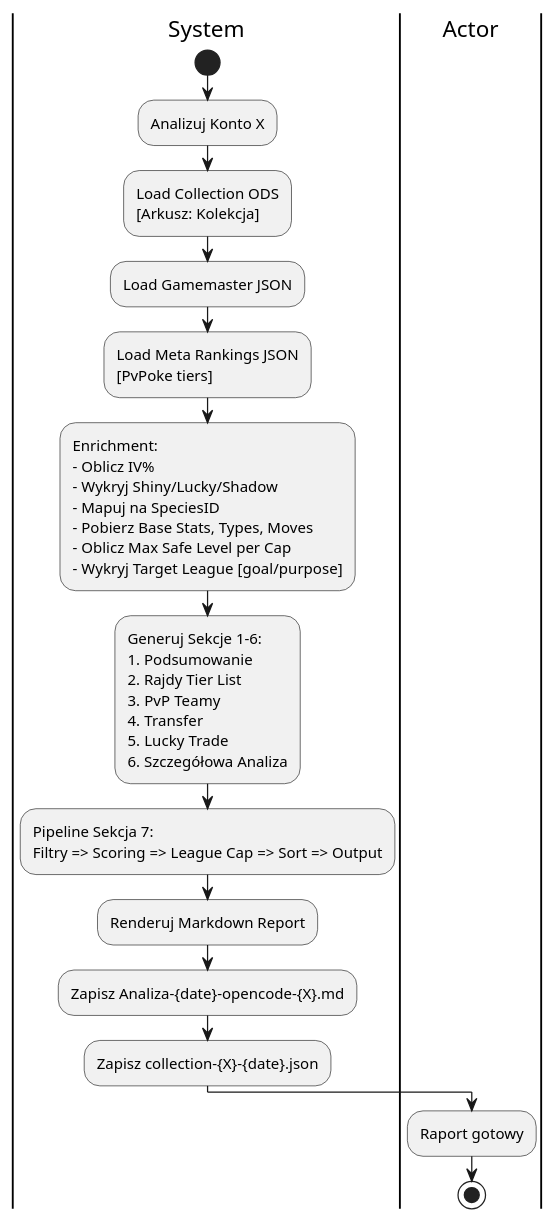
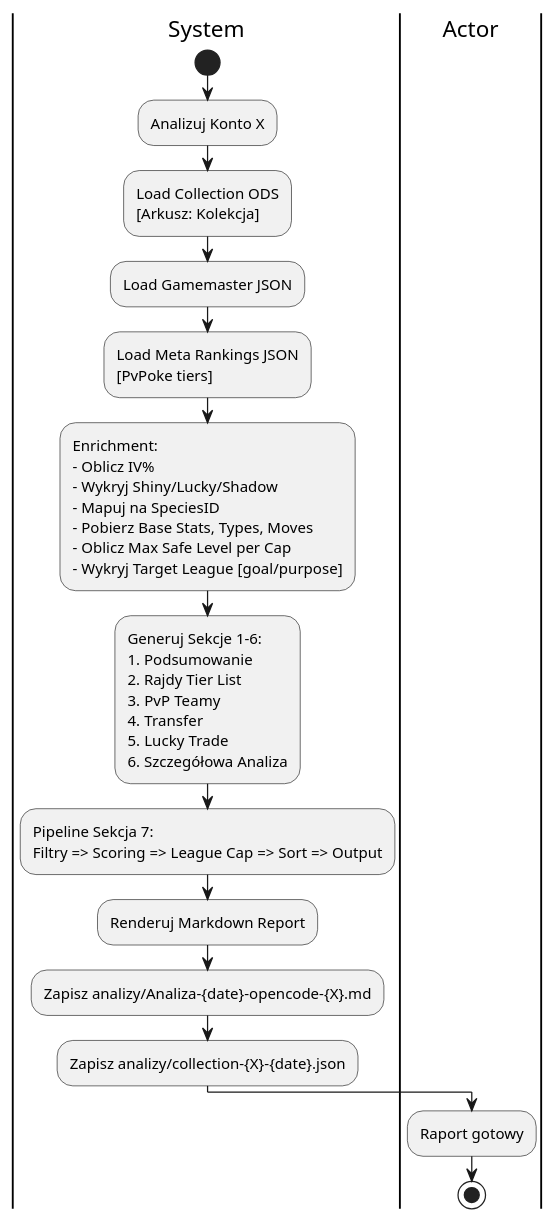
Before and after one commit to Adzikus/pokemon-go-analizer: the seventh of 8 diagrams in docs/01-akcje-uzytkownika.md, drawn with PlantUML. The commit also changed other lines of this file and 6 other files, not shown here.

````diff
--- a/docs/01-akcje-uzytkownika.md
+++ b/docs/01-akcje-uzytkownika.md
@@ -241,27 +241,27 @@
 ```plantuml
 @startuml
 
 |System|
 start
 :Analizuj Konto X;
 
 :Load Collection ODS\n[Arkusz: Kolekcja];
 :Load Gamemaster JSON;
 :Load Meta Rankings JSON\n[PvPoke tiers];
 
 :Enrichment:\n- Oblicz IV%\n- Wykryj Shiny/Lucky/Shadow\n- Mapuj na SpeciesID\n- Pobierz Base Stats, Types, Moves\n- Oblicz Max Safe Level per Cap\n- Wykryj Target League [goal/purpose];
 
 :Generuj Sekcje 1-6:\n1. Podsumowanie\n2. Rajdy Tier List\n3. PvP Teamy\n4. Transfer\n5. Lucky Trade\n6. Szczegółowa Analiza;
 
 :Pipeline Sekcja 7:\nFiltry => Scoring => League Cap => Sort => Output;
 
 :Renderuj Markdown Report;
-:Zapisz Analiza-{date}-opencode-{X}.md;
-:Zapisz collection-{X}-{date}.json;
+:Zapisz analizy/Analiza-{date}-opencode-{X}.md;
+:Zapisz analizy/collection-{X}-{date}.json;
 
 |Actor|
 :Raport gotowy;
 stop
 
 @enduml
 ```
````
